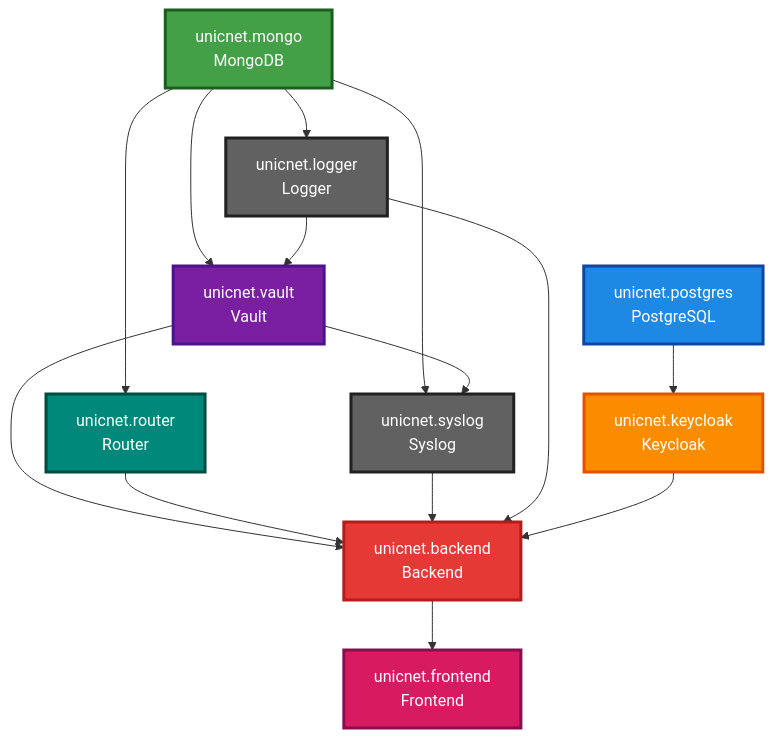
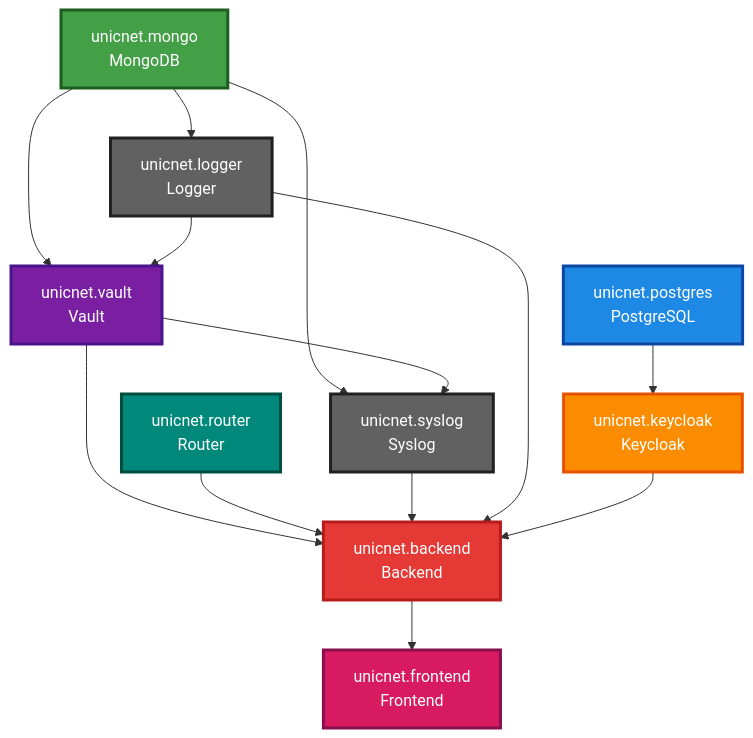
One commit to rightsoftware-ru/unicnet.enterprise changed the diagram in install_all_in_one_instructions.md. Above: the diagram before and after it, drawn with Mermaid. The commit also changed other lines of this file and 1 other file, not shown here.

````diff
--- a/install_all_in_one_instructions.md
+++ b/install_all_in_one_instructions.md
@@ -77,39 +77,38 @@
 ```mermaid
 graph TD
     PG[unicnet.postgres<br/>PostgreSQL]
     MG[unicnet.mongo<br/>MongoDB]
     
     KC[unicnet.keycloak<br/>Keycloak]
     LG[unicnet.logger<br/>Logger]
     SL[unicnet.syslog<br/>Syslog]
     
     VT[unicnet.vault<br/>Vault]
     RT[unicnet.router<br/>Router]
     
     BE[unicnet.backend<br/>Backend]
     FE[unicnet.frontend<br/>Frontend]
     
     PG --> KC
     MG --> LG
     MG --> SL
     MG --> VT
-    MG --> RT
     LG --> VT
     VT --> SL
     VT --> BE
     RT --> BE
     SL --> BE
     LG --> BE
     KC --> BE
     BE --> FE
     
     style PG fill:#1e88e5,stroke:#0d47a1,stroke-width:3px,color:#ffffff
     style MG fill:#43a047,stroke:#1b5e20,stroke-width:3px,color:#ffffff
     style KC fill:#fb8c00,stroke:#e65100,stroke-width:3px,color:#ffffff
     style LG fill:#616161,stroke:#212121,stroke-width:3px,color:#ffffff
     style SL fill:#616161,stroke:#212121,stroke-width:3px,color:#ffffff
     style VT fill:#7b1fa2,stroke:#4a148c,stroke-width:3px,color:#ffffff
     style RT fill:#00897b,stroke:#004d40,stroke-width:3px,color:#ffffff
     style BE fill:#e53935,stroke:#b71c1c,stroke-width:3px,color:#ffffff
     style FE fill:#d81b60,stroke:#880e4f,stroke-width:3px,color:#ffffff
 ```
````
